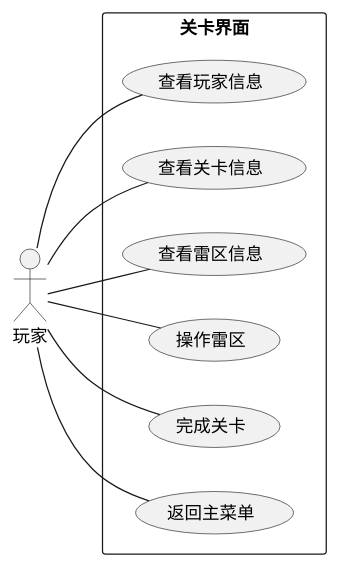
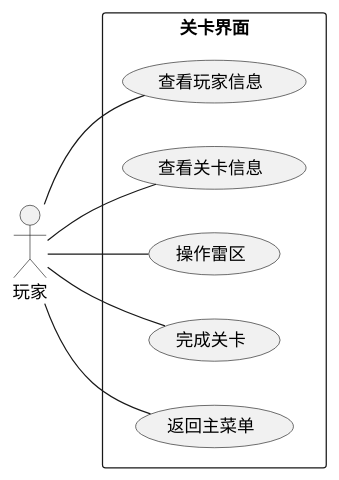
Before and after one commit to SnekTech/mine-sweeper-rogue-lib: the diagram in SnekPlugin/Diagrams/UseCase/level-ui.puml, drawn with PlantUML. The commit also changed 1 other file, not shown here.

Commit message:
update diagrams

```diff
--- a/SnekPlugin/Diagrams/UseCase/level-ui.puml
+++ b/SnekPlugin/Diagrams/UseCase/level-ui.puml
@@ -1,29 +1,26 @@
 @startuml level-ui
 
 left to right direction
 
 actor "玩家" as p1
 
 rectangle 关卡界面 {
 
     usecase check_player_info as "查看玩家信息"
 
     usecase check_level_info as "查看关卡信息"
 
-    usecase check_grid_info as "查看雷区信息"
-  
     usecase manipulate_grid as "操作雷区"
     
     usecase complete_level as "完成关卡"
 
     usecase return_to_main_menu as "返回主菜单"
 }
 
 p1 -- check_player_info
 p1 -- check_level_info
-p1 -- check_grid_info
 p1 -- manipulate_grid
 p1 -- complete_level
 p1 -- return_to_main_menu
 
 @enduml
```
